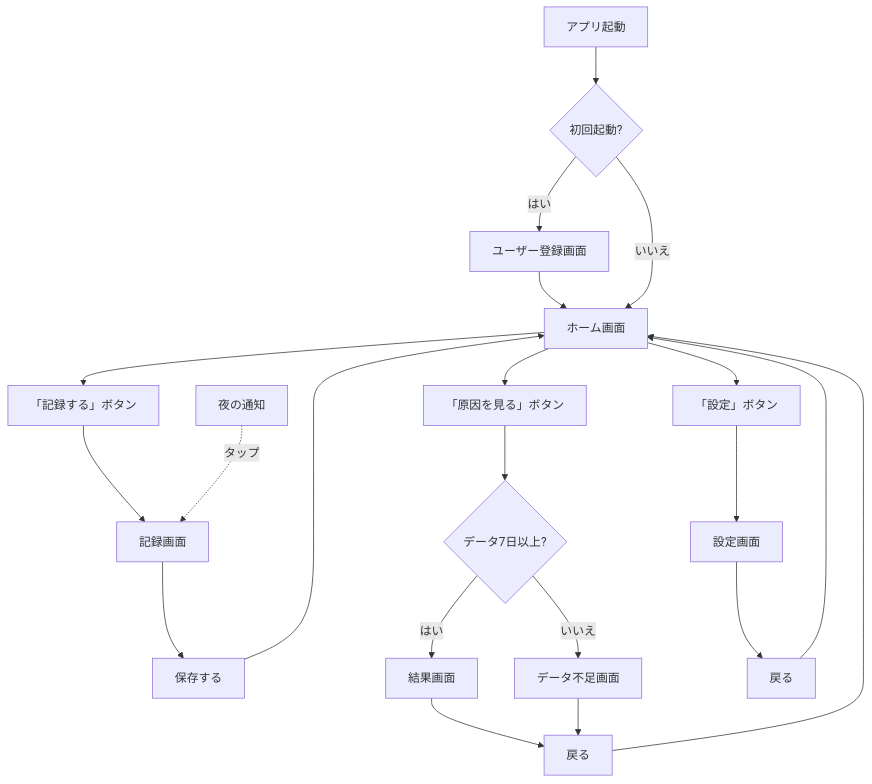
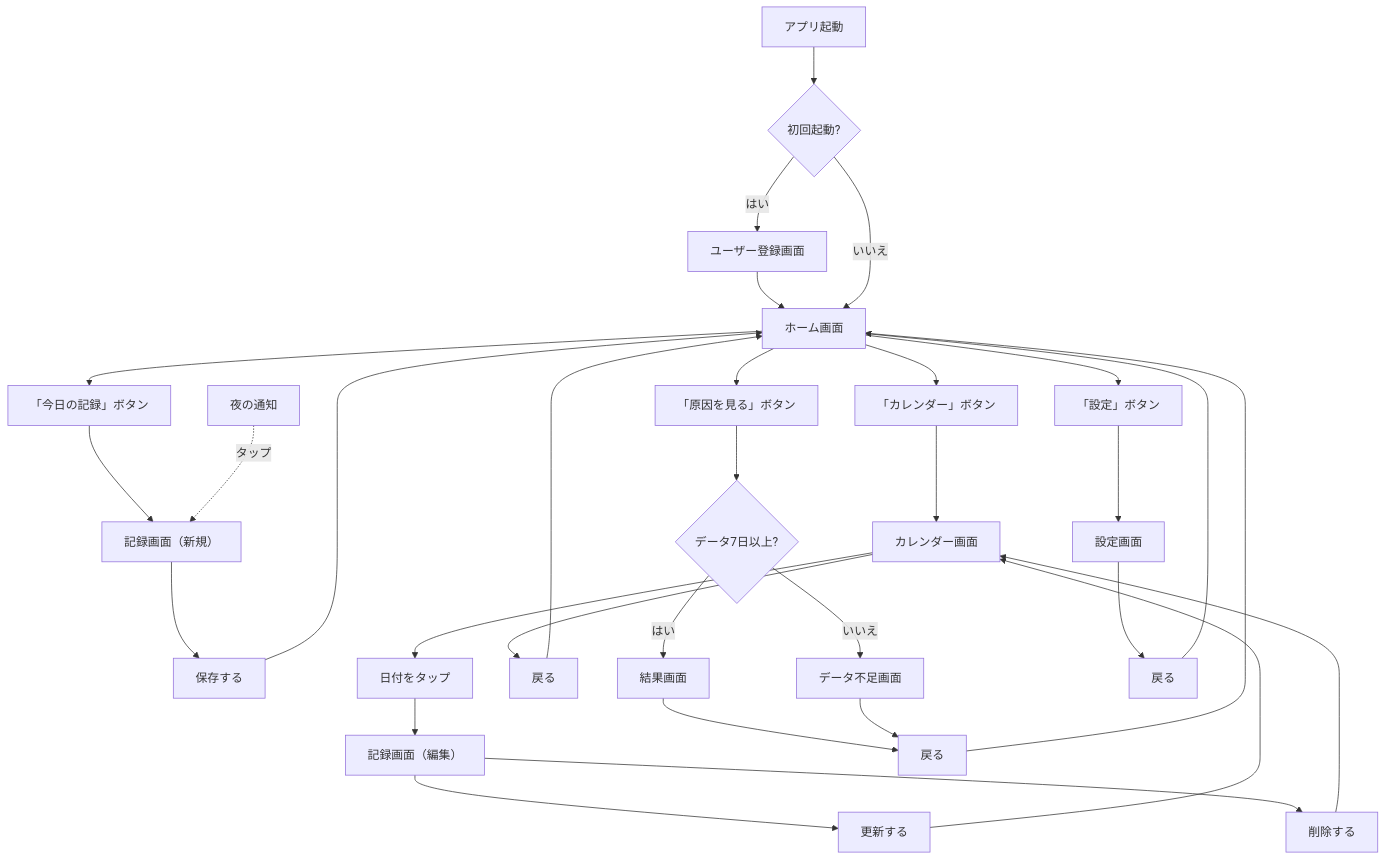
One commit to Syota622/TriggerSearch changed diagram 11 of 15 in document/APP/sequence.md. Above: the diagram before and after it, drawn with Mermaid. The commit also changed other lines of this file and 3 other files, not shown here.

````diff
--- a/document/APP/sequence.md
+++ b/document/APP/sequence.md
@@ -227,28 +322,39 @@
 ```mermaid
 flowchart TD
     A[アプリ起動] --> B{初回起動?}
     B -->|はい| C[ユーザー登録画面]
     C --> D[ホーム画面]
     B -->|いいえ| D
     
-    D --> E[「記録する」ボタン]
-    D --> F[「原因を見る」ボタン]
-    D --> G[「設定」ボタン]
+    D --> E[「今日の記録」ボタン]
+    D --> F[「カレンダー」ボタン]
+    D --> G[「原因を見る」ボタン]
+    D --> H[「設定」ボタン]
     
-    E --> H[記録画面]
-    H --> I[保存する]
-    I --> D
+    E --> I[記録画面（新規）]
+    I --> J[保存する]
+    J --> D
     
-    F --> J{データ7日以上?}
-    J -->|はい| K[結果画面]
-    J -->|いいえ| L[データ不足画面]
-    K --> M[戻る]
-    L --> M
-    M --> D
+    F --> K[カレンダー画面]
+    K --> L[日付をタップ]
+    L --> M[記録画面（編集）]
+    M --> N[更新する]
+    M --> O[削除する]
+    N --> K
+    O --> K
+    K --> P[戻る]
+    P --> D
     
-    G --> N[設定画面]
-    N --> O[戻る]
-    O --> D
+    G --> Q{データ7日以上?}
+    Q -->|はい| R[結果画面]
+    Q -->|いいえ| S[データ不足画面]
+    R --> T[戻る]
+    S --> T
+    T --> D
     
-    P[夜の通知] -.->|タップ| H
+    H --> U[設定画面]
+    U --> V[戻る]
+    V --> D
+    
+    W[夜の通知] -.->|タップ| I
 ```
````
